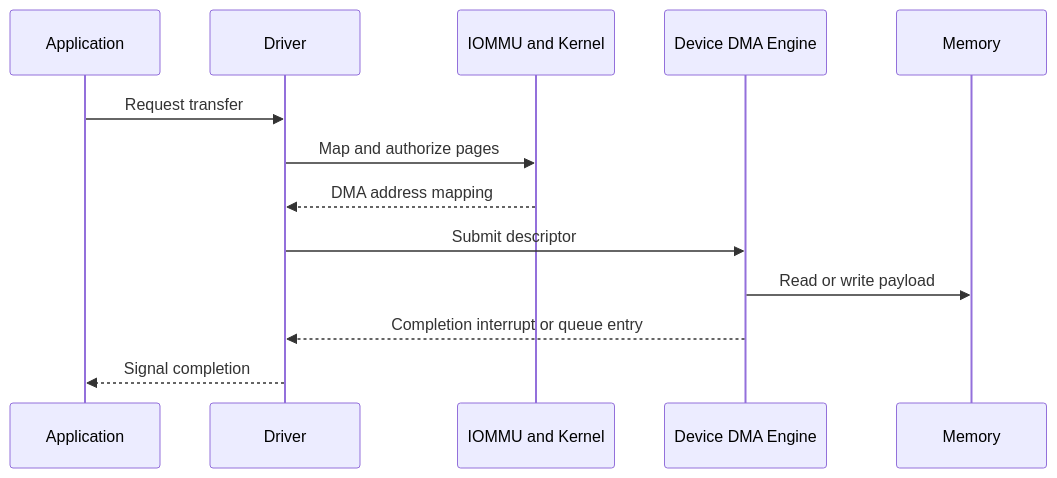
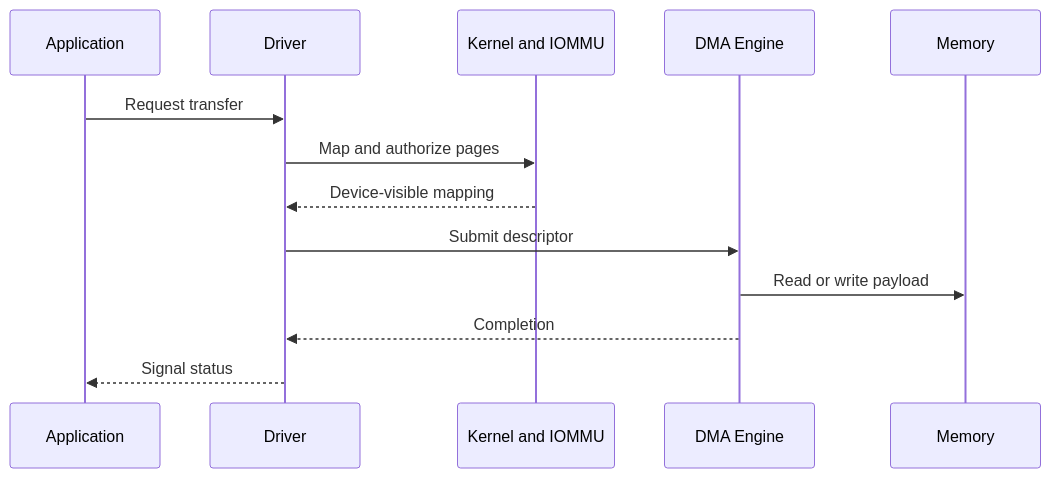
The second of 4 diagrams in docs/nvidia-zero-to-hero/volume-07/chapter-04-dma-rdma-and-peer-to-peer.md (jithinpnjm/nvidia-devops), drawn with Mermaid before and after one commit. The commit also changed other lines of this file, not shown here.

````diff
--- a/docs/nvidia-zero-to-hero/volume-07/chapter-04-dma-rdma-and-peer-to-peer.md
+++ b/docs/nvidia-zero-to-hero/volume-07/chapter-04-dma-rdma-and-peer-to-peer.md
@@ -104,16 +81,16 @@
 ```mermaid
 sequenceDiagram
     participant A as Application
     participant D as Driver
-    participant I as IOMMU and Kernel
-    participant E as Device DMA Engine
+    participant K as Kernel and IOMMU
+    participant E as DMA Engine
     participant M as Memory
 
     A->>D: Request transfer
-    D->>I: Map and authorize pages
-    I-->>D: DMA address mapping
+    D->>K: Map and authorize pages
+    K-->>D: Device-visible mapping
     D->>E: Submit descriptor
     E->>M: Read or write payload
-    E-->>D: Completion interrupt or queue entry
-    D-->>A: Signal completion
+    E-->>D: Completion
+    D-->>A: Signal status
 ```
````
